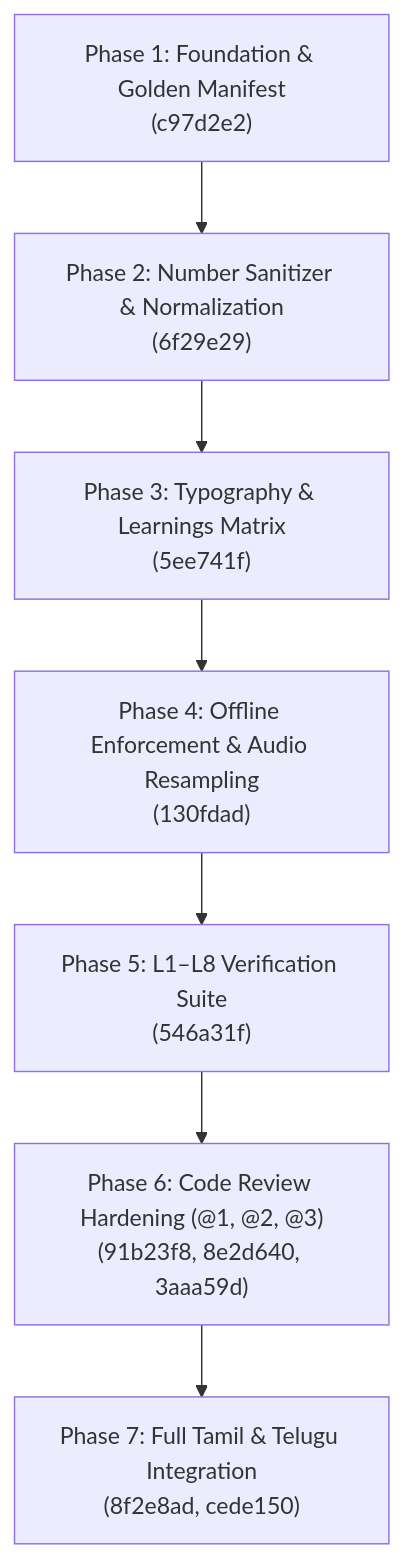
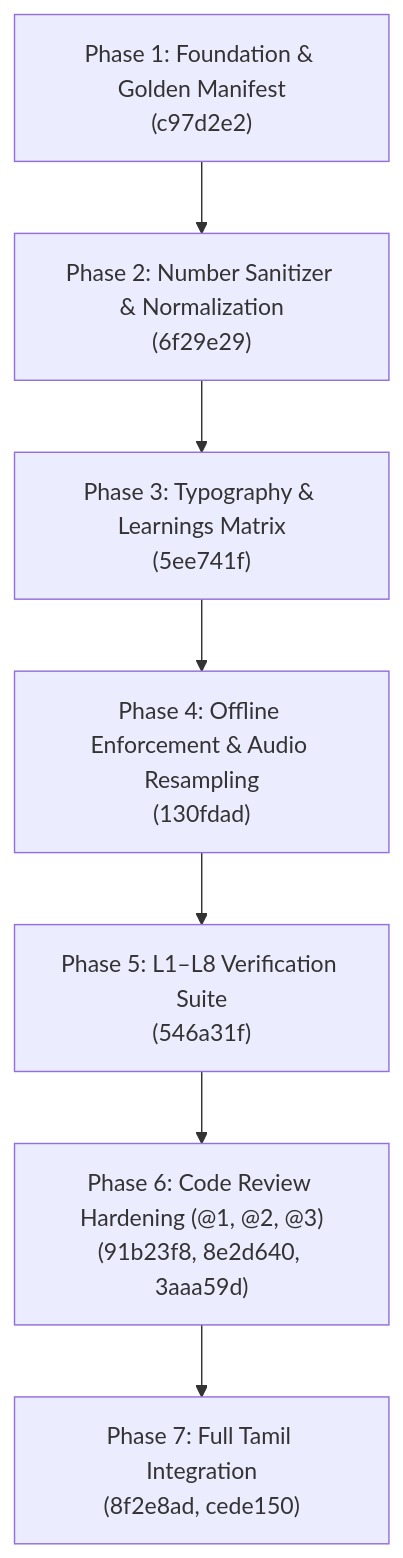
The diagram in LOCALIZATION_PROGRESS_REPORT.md (rajyyug1132/blue-visual-teacher), drawn with Mermaid before and after one commit. The commit also changed other lines of this file and 13 other files, not shown here.

````diff
--- a/LOCALIZATION_PROGRESS_REPORT.md
+++ b/LOCALIZATION_PROGRESS_REPORT.md
@@ -29,9 +29,9 @@
 ```mermaid
 flowchart TD
     P1["Phase 1: Foundation & Golden Manifest<br/>(c97d2e2)"] --> P2["Phase 2: Number Sanitizer & Normalization<br/>(6f29e29)"]
     P2 --> P3["Phase 3: Typography & Learnings Matrix<br/>(5ee741f)"]
     P3 --> P4["Phase 4: Offline Enforcement & Audio Resampling<br/>(130fdad)"]
     P4 --> P5["Phase 5: L1–L8 Verification Suite<br/>(546a31f)"]
     P5 --> P6["Phase 6: Code Review Hardening (@1, @2, @3)<br/>(91b23f8, 8e2d640, 3aaa59d)"]
-    P6 --> P7["Phase 7: Full Tamil & Telugu Integration<br/>(8f2e8ad, cede150)"]
+    P6 --> P7["Phase 7: Full Tamil Integration<br/>(8f2e8ad, cede150)"]
 ```
````
